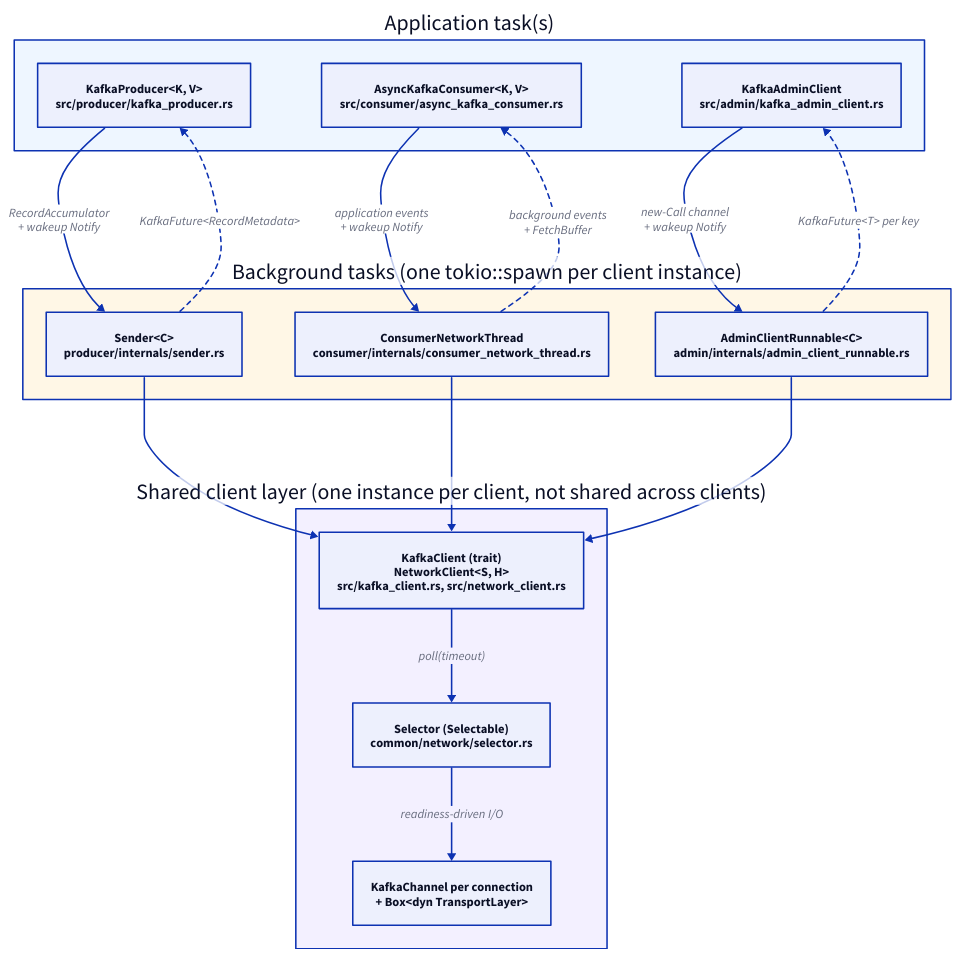
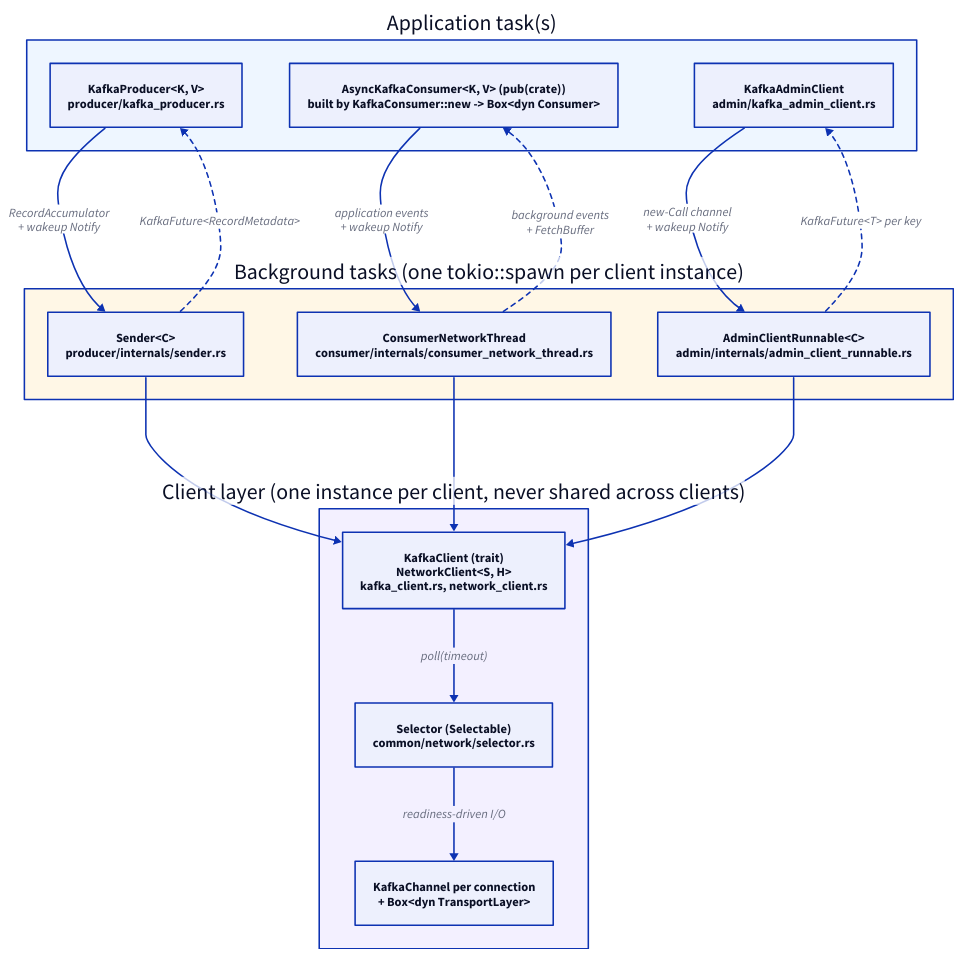
The diagram in design/current/img/component-ownership.d2 (confluentinc/kafka-clients), drawn with D2 before and after one commit. The commit also changed 1274 other files, not shown here.

```diff
--- a/design/current/img/component-ownership.d2
+++ b/design/current/img/component-ownership.d2
@@ -1,49 +1,49 @@
 # Component & ownership structure of the client.
 #
-# Source of truth for design/current/component-ownership.svg.
+# Source of truth for design/current/img/component-ownership.svg.
 # Render with: make -C design/current d2
 #
 # The point of this diagram: each of the three clients owns its own
 # background task and its own NetworkClient; nothing is shared between
 # a producer, a consumer and an admin client.
 
 direction: down
 
 app: "Application task(s)" {
   style.fill: "#eef6ff"
 
-  producer: "KafkaProducer<K, V>\nsrc/producer/kafka_producer.rs"
-  consumer: "AsyncKafkaConsumer<K, V>\nsrc/consumer/async_kafka_consumer.rs"
-  admin: "KafkaAdminClient\nsrc/admin/kafka_admin_client.rs"
+  producer: "KafkaProducer<K, V>\nproducer/kafka_producer.rs"
+  consumer: "AsyncKafkaConsumer<K, V> (pub(crate))\nbuilt by KafkaConsumer::new -> Box<dyn Consumer>"
+  admin: "KafkaAdminClient\nadmin/kafka_admin_client.rs"
 }
 
 bg: "Background tasks (one tokio::spawn per client instance)" {
   style.fill: "#fff7e6"
 
   sender: "Sender<C>\nproducer/internals/sender.rs"
   cnt: "ConsumerNetworkThread\nconsumer/internals/consumer_network_thread.rs"
   runnable: "AdminClientRunnable<C>\nadmin/internals/admin_client_runnable.rs"
 }
 
-net: "Shared client layer (one instance per client, not shared across clients)" {
+net: "Client layer (one instance per client, never shared across clients)" {
   style.fill: "#f3f0ff"
 
-  client: "KafkaClient (trait)\nNetworkClient<S, H>\nsrc/kafka_client.rs, src/network_client.rs"
+  client: "KafkaClient (trait)\nNetworkClient<S, H>\nkafka_client.rs, network_client.rs"
   sel: "Selector (Selectable)\ncommon/network/selector.rs"
   chan: "KafkaChannel per connection\n+ Box<dyn TransportLayer>"
 
   client -> sel: "poll(timeout)"
   sel -> chan: "readiness-driven I/O"
 }
 
 app.producer -> bg.sender: "RecordAccumulator\n+ wakeup Notify"
 app.consumer -> bg.cnt: "application events\n+ wakeup Notify"
 app.admin -> bg.runnable: "new-Call channel\n+ wakeup Notify"
 
 bg.sender -> net.client
 bg.cnt -> net.client
 bg.runnable -> net.client
 
 bg.sender -> app.producer: "KafkaFuture<RecordMetadata>" {style.stroke-dash: 3}
 bg.cnt -> app.consumer: "background events\n+ FetchBuffer" {style.stroke-dash: 3}
 bg.runnable -> app.admin: "KafkaFuture<T> per key" {style.stroke-dash: 3}
```
